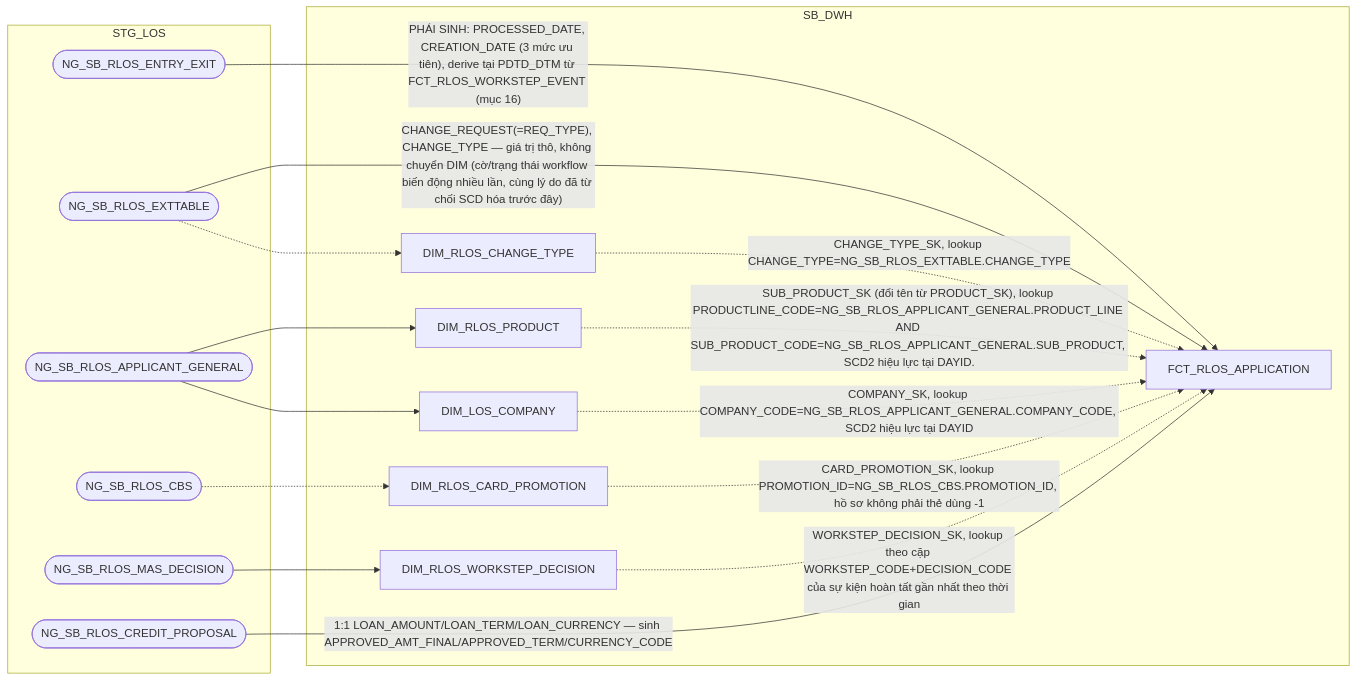
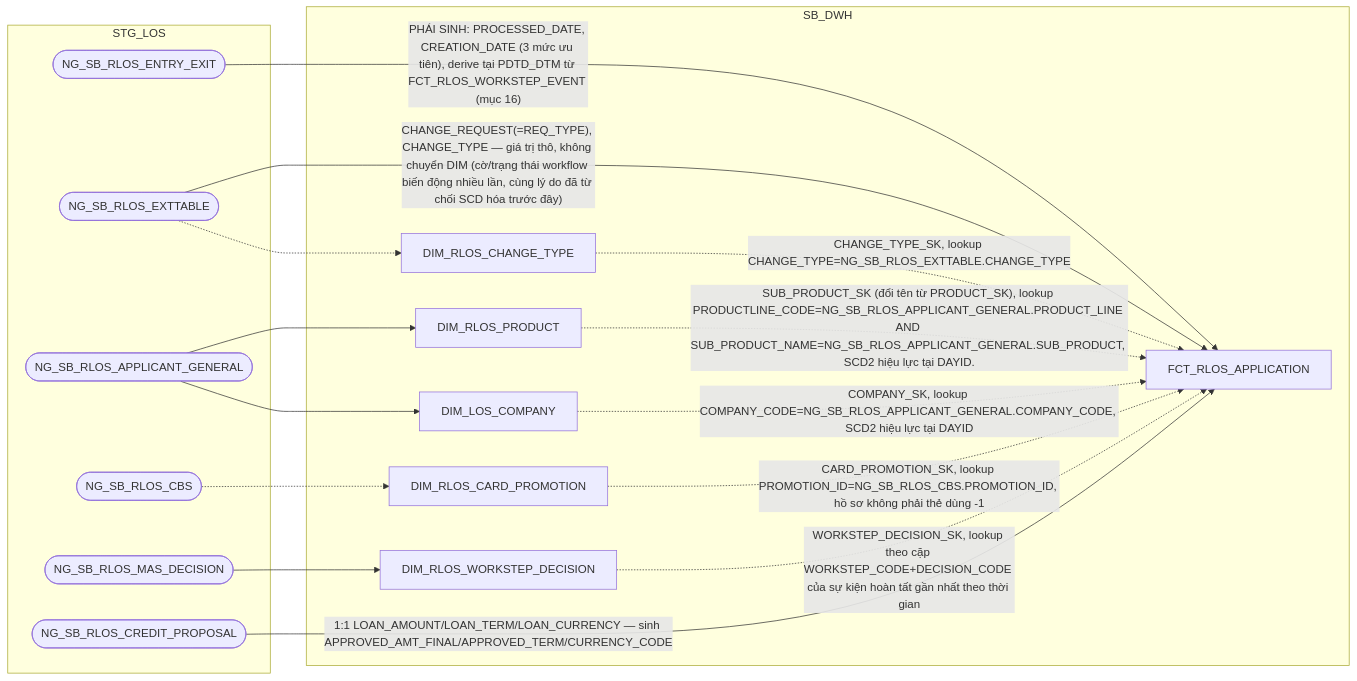
Before and after one commit to chien1198/sb-mapping-gen: the seventh of 14 diagrams in hld/hld_review/HLD_FCT_SB_DWH_review.md, drawn with Mermaid. The commit also changed other lines of this file and 39 other files, not shown here.

````diff
--- a/hld/hld_review/HLD_FCT_SB_DWH_review.md
+++ b/hld/hld_review/HLD_FCT_SB_DWH_review.md
@@ -519,32 +519,32 @@
 ```mermaid
 flowchart LR
     subgraph STG_LOS
         A(["NG_SB_RLOS_ENTRY_EXIT"])
         I(["NG_SB_RLOS_EXTTABLE"])
         P1(["NG_SB_RLOS_APPLICANT_GENERAL"])
         P4(["NG_SB_RLOS_CBS"])
         MW(["NG_SB_RLOS_MAS_DECISION"])
         CR(["NG_SB_RLOS_CREDIT_PROPOSAL"])
     end
     subgraph SB_DWH
         WD["DIM_RLOS_WORKSTEP_DECISION"]
         PR["DIM_RLOS_PRODUCT"]
         OU["DIM_LOS_COMPANY"]
         CT["DIM_RLOS_CHANGE_TYPE"]
         CP["DIM_RLOS_CARD_PROMOTION"]
         E["FCT_RLOS_APPLICATION"]
     end
     A -->|"PHÁI SINH: PROCESSED_DATE, CREATION_DATE (3 mức ưu tiên), derive tại PDTD_DTM từ FCT_RLOS_WORKSTEP_EVENT (mục 16)"| E
     I -->|"CHANGE_REQUEST(=REQ_TYPE), CHANGE_TYPE — giá trị thô, không chuyển DIM (cờ/trạng thái workflow biến động nhiều lần, cùng lý do đã từ chối SCD hóa trước đây)"| E
     I -.-> CT
     WD -.->|"WORKSTEP_DECISION_SK, lookup theo cặp WORKSTEP_CODE+DECISION_CODE của sự kiện hoàn tất gần nhất theo thời gian"| E
     MW --> WD
-    PR -.->|"SUB_PRODUCT_SK (đổi tên từ PRODUCT_SK), lookup PRODUCTLINE_CODE=NG_SB_RLOS_APPLICANT_GENERAL.PRODUCT_LINE AND SUB_PRODUCT_CODE=NG_SB_RLOS_APPLICANT_GENERAL.SUB_PRODUCT, SCD2 hiệu lực tại DAYID."| E
+    PR -.->|"SUB_PRODUCT_SK (đổi tên từ PRODUCT_SK), lookup PRODUCTLINE_CODE=NG_SB_RLOS_APPLICANT_GENERAL.PRODUCT_LINE AND SUB_PRODUCT_NAME=NG_SB_RLOS_APPLICANT_GENERAL.SUB_PRODUCT, SCD2 hiệu lực tại DAYID."| E
     OU -.->|"COMPANY_SK, lookup COMPANY_CODE=NG_SB_RLOS_APPLICANT_GENERAL.COMPANY_CODE, SCD2 hiệu lực tại DAYID"| E
     CT -.->|"CHANGE_TYPE_SK, lookup CHANGE_TYPE=NG_SB_RLOS_EXTTABLE.CHANGE_TYPE"| E
     CP -.->|"CARD_PROMOTION_SK, lookup PROMOTION_ID=NG_SB_RLOS_CBS.PROMOTION_ID, hồ sơ không phải thẻ dùng -1"| E
     P1 --> PR
     P1 --> OU
     P4 -.-> CP
     CR -->|"1:1 LOAN_AMOUNT/LOAN_TERM/LOAN_CURRENCY — sinh APPROVED_AMT_FINAL/APPROVED_TERM/CURRENCY_CODE"| E
 ```
````
